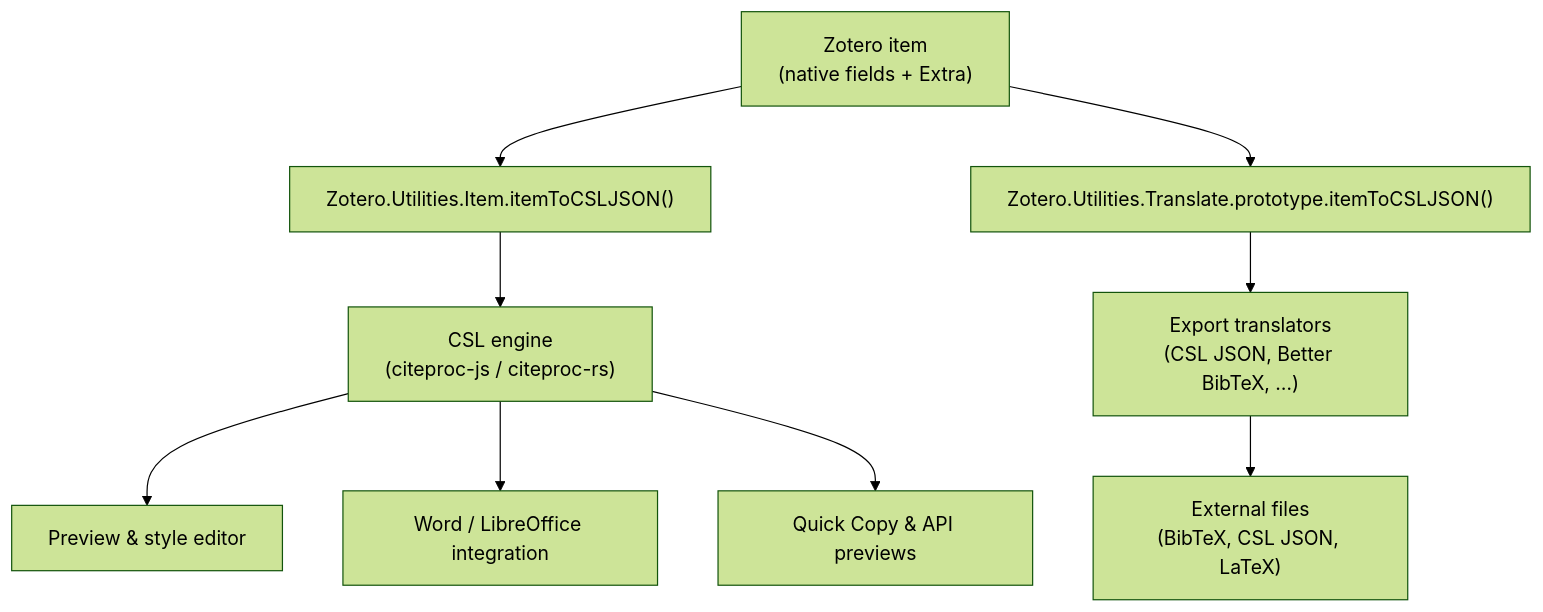
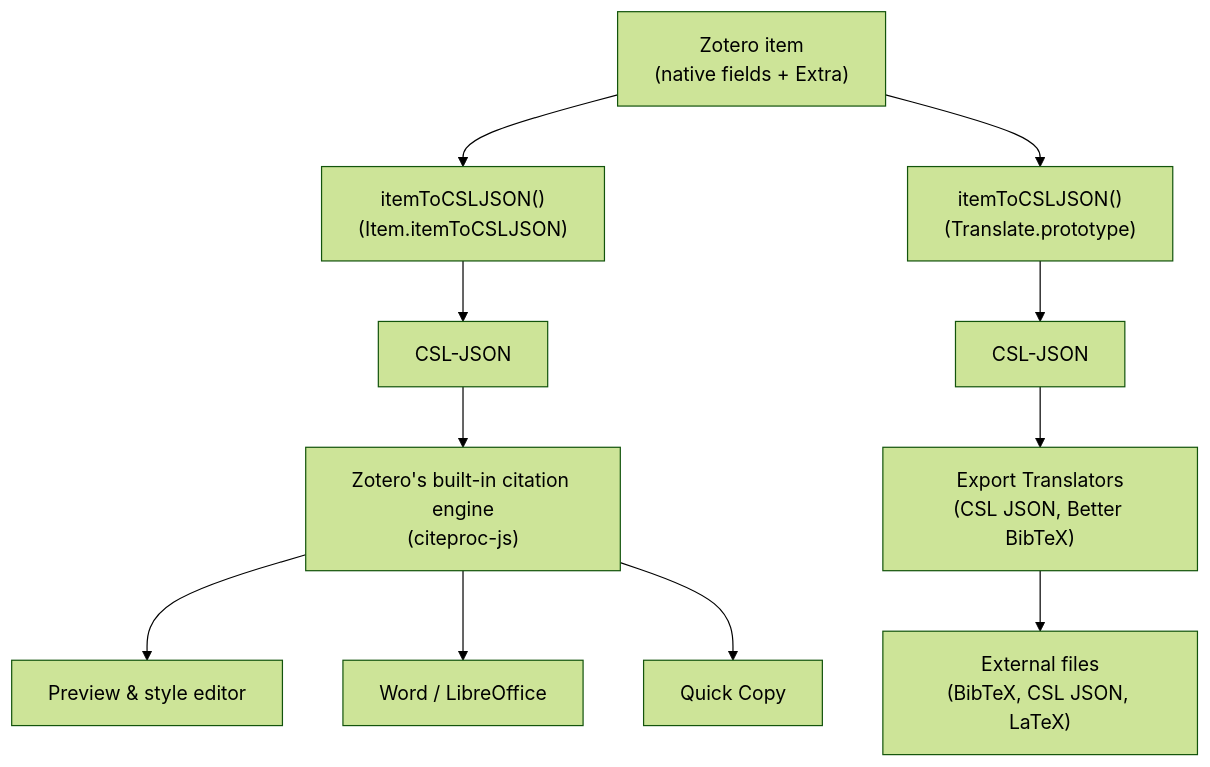
Before and after one commit to boan-anbo/cite-non-english: the first of 2 diagrams in README.md, drawn with Mermaid (forest theme). The commit also changed other lines of this file and 57 other files, not shown here.

````diff
--- a/README.md
+++ b/README.md
@@ -89,21 +100,26 @@
 ```mermaid
 flowchart TB
   Item["Zotero item<br/>(native fields + Extra)"]
-  Direct["`Zotero.Utilities.Item.itemToCSLJSON()`"]
-  Translator["`Zotero.Utilities.Translate.prototype.itemToCSLJSON()`"]
-  Engine["CSL engine<br/>(citeproc-js / citeproc-rs)"]
+  ItemToCSL1["itemToCSLJSON()<br/>(Item.itemToCSLJSON)"]
+  ItemToCSL2["itemToCSLJSON()<br/>(Translate.prototype)"]
+  CSL1["CSL-JSON"]
+  CSL2["CSL-JSON"]
+  Engine["Zotero's built-in citation engine<br/>(citeproc-js)"]
   Preview["Preview & style editor"]
-  WP["Word / LibreOffice integration"]
-  QuickCopy["Quick Copy & API previews"]
-  Exporters["Export translators<br/>(CSL JSON, Better BibTeX, …)"]
+  WP["Word / LibreOffice"]
+  QuickCopy["Quick Copy"]
+  Exporters["Export Translators<br/>(CSL JSON, Better BibTeX)"]
   Files["External files<br/>(BibTeX, CSL JSON, LaTeX)"]
 
-  Item --> Direct
-  Item --> Translator
-  Direct --> Engine
+  Item --> ItemToCSL1
+  Item --> ItemToCSL2
+  ItemToCSL1 --> CSL1
+  ItemToCSL2 --> CSL2
+  CSL1 --> Engine
   Engine --> Preview
   Engine --> WP
   Engine --> QuickCopy
-  Translator --> Exporters
+  CSL2 --> Exporters
   Exporters --> Files
+
 ```
````
